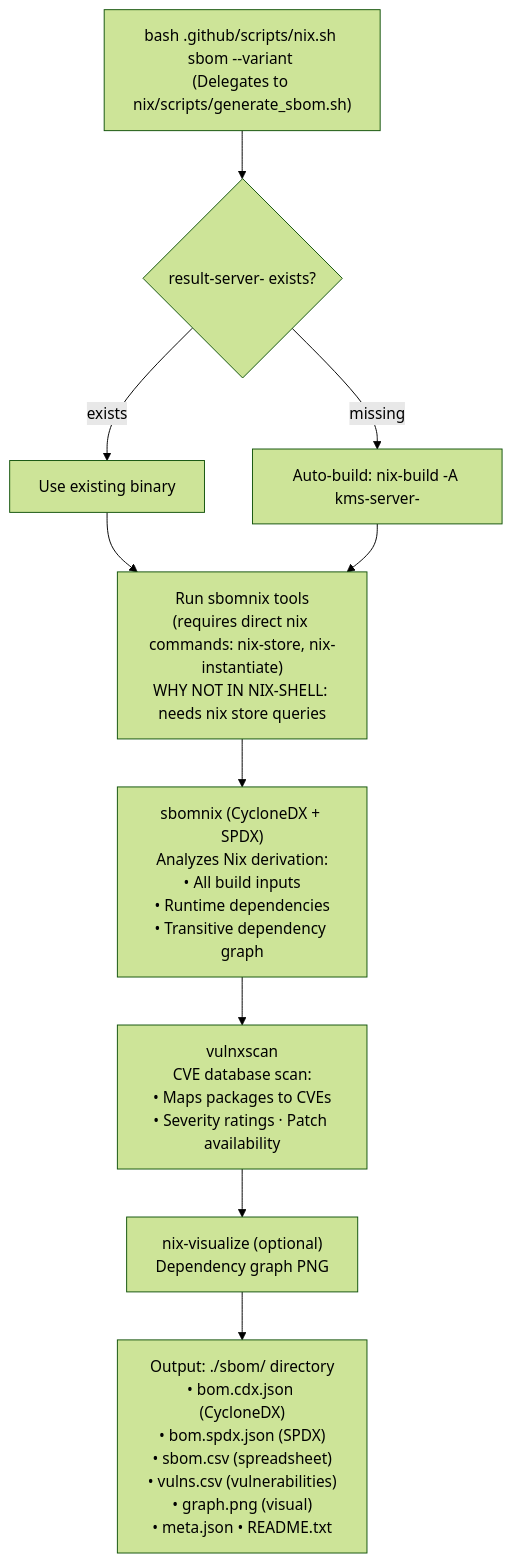
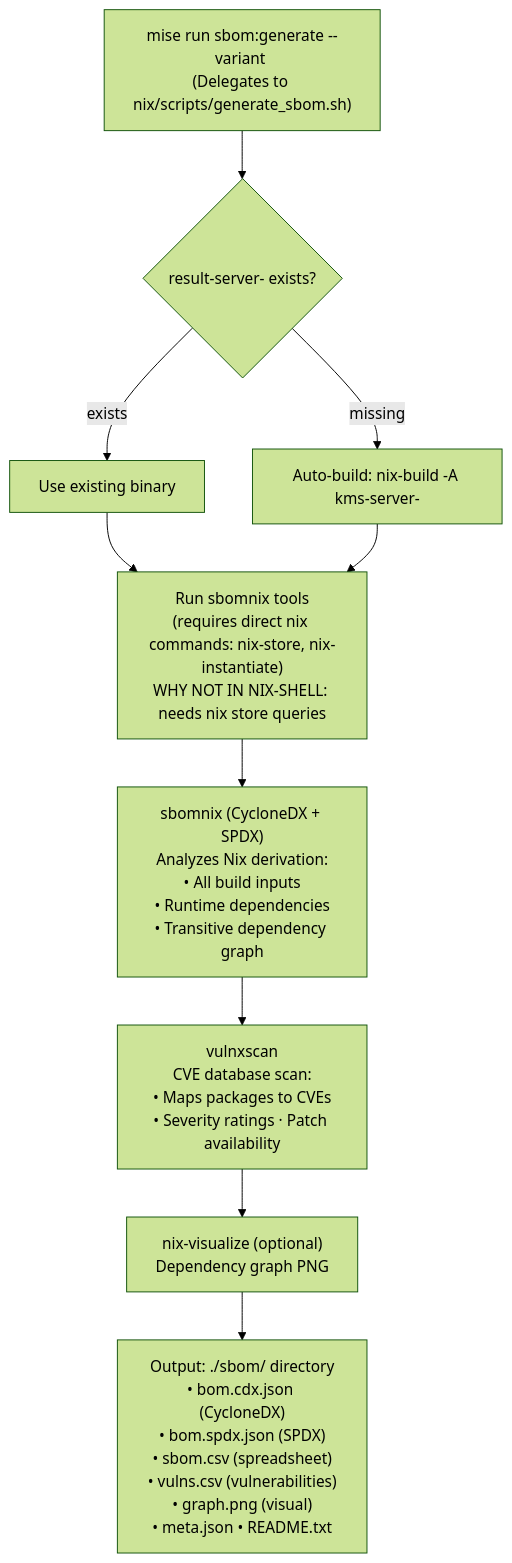
Diagram 11 of 11 in nix/README.md (Cosmian/kms), drawn with Mermaid (forest theme) before and after one commit. The commit also changed other lines of this file and 37 other files, not shown here.

````diff
--- a/nix/README.md
+++ b/nix/README.md
@@ -765,18 +765,18 @@
 ```mermaid
 flowchart TB
-    invoke["bash .github/scripts/nix.sh sbom --variant <fips|non-fips><br/>(Delegates to nix/scripts/generate_sbom.sh)"]
+    invoke["mise run sbom:generate --variant <fips|non-fips><br/>(Delegates to nix/scripts/generate_sbom.sh)"]
     check{"result-server-<variant> exists?"}
     invoke --> check
     use_existing["Use existing binary"]
     auto_build["Auto-build: nix-build -A kms-server-<variant>"]
     check -- exists --> use_existing
     check -- missing --> auto_build
     sbomnix_tools["Run sbomnix tools<br/>(requires direct nix commands: nix-store, nix-instantiate)<br/>WHY NOT IN NIX-SHELL: needs nix store queries"]
     use_existing & auto_build --> sbomnix_tools
     sbomnix["sbomnix (CycloneDX + SPDX)<br/>Analyzes Nix derivation:<br/>• All build inputs<br/>• Runtime dependencies<br/>• Transitive dependency graph"]
     vulnxscan["vulnxscan<br/>CVE database scan:<br/>• Maps packages to CVEs<br/>• Severity ratings · Patch availability"]
     visualize["nix-visualize (optional)<br/>Dependency graph PNG"]
     sbomnix_tools --> sbomnix --> vulnxscan --> visualize
     output["Output: ./sbom/ directory<br/>• bom.cdx.json (CycloneDX)<br/>• bom.spdx.json (SPDX)<br/>• sbom.csv (spreadsheet)<br/>• vulns.csv (vulnerabilities)<br/>• graph.png (visual)<br/>• meta.json • README.txt"]
     visualize --> output
 ```
````
